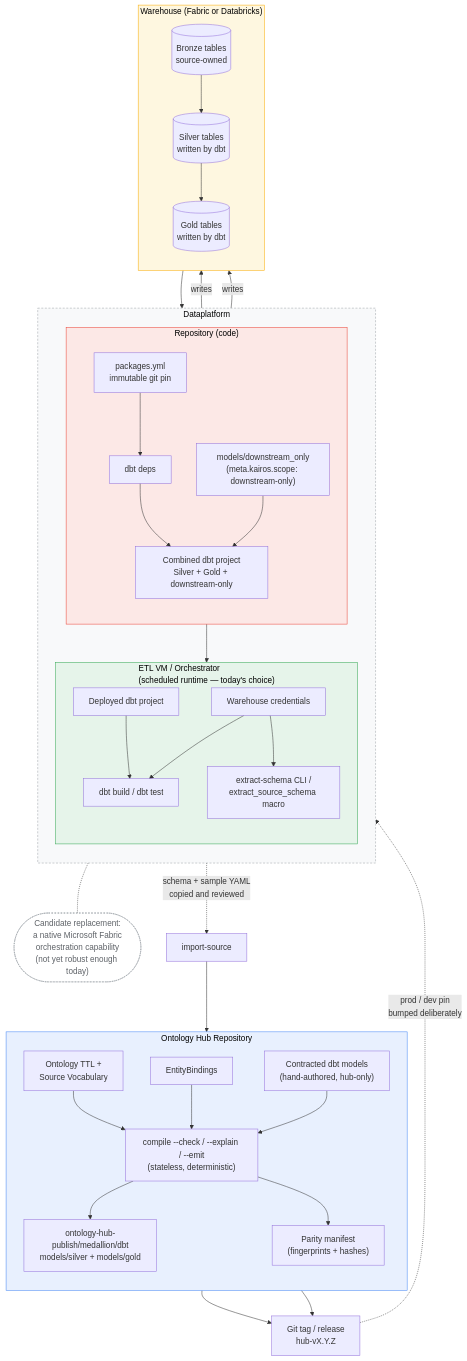
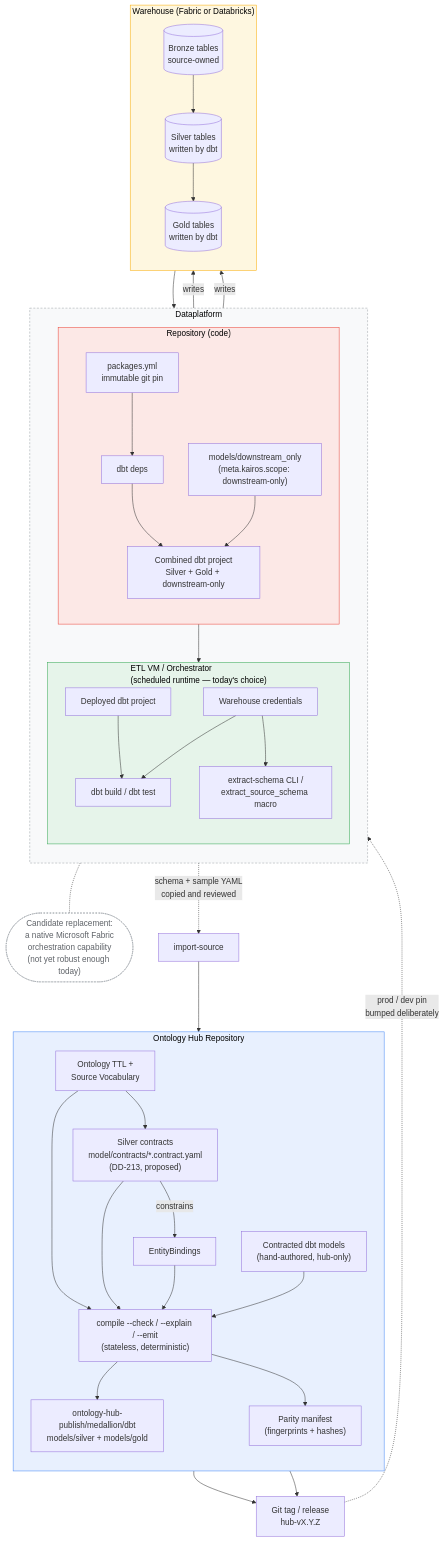
One commit to Cnext-eu/kairos-ontology-toolkit changed the diagram in docs/design/ontology-dbt-dataplatform-design-architecture.md. Above: the diagram before and after it, drawn with Mermaid. The commit also changed other lines of this file and 18 other files, not shown here.

First line of the commit message:
feat: declared Silver contract — bindings conform to it instead of constituting it (DD-213) (#682)

```diff
--- a/docs/design/ontology-dbt-dataplatform-design-architecture.md
+++ b/docs/design/ontology-dbt-dataplatform-design-architecture.md
@@ -23,13 +24,17 @@
     subgraph HUB["Ontology Hub Repository"]
         direction TB
         ONT["Ontology TTL +<br/>Source Vocabulary"]
+        CONTRACT["Silver contracts<br/>model/contracts/*.contract.yaml<br/>(DD-213, proposed)"]
         BIND["EntityBindings"]
         CDBT["Contracted dbt models<br/>(hand-authored, hub-only)"]
         COMPILE["compile --check / --explain / --emit<br/>(stateless, deterministic)"]
         PUB["ontology-hub-publish/medallion/dbt<br/>models/silver + models/gold"]
         MANIFEST["Parity manifest<br/>(fingerprints + hashes)"]
 
+        ONT --> CONTRACT
+        CONTRACT -->|"constrains"| BIND
         ONT --> COMPILE
+        CONTRACT --> COMPILE
         BIND --> COMPILE
         CDBT --> COMPILE
         COMPILE --> PUB
```
